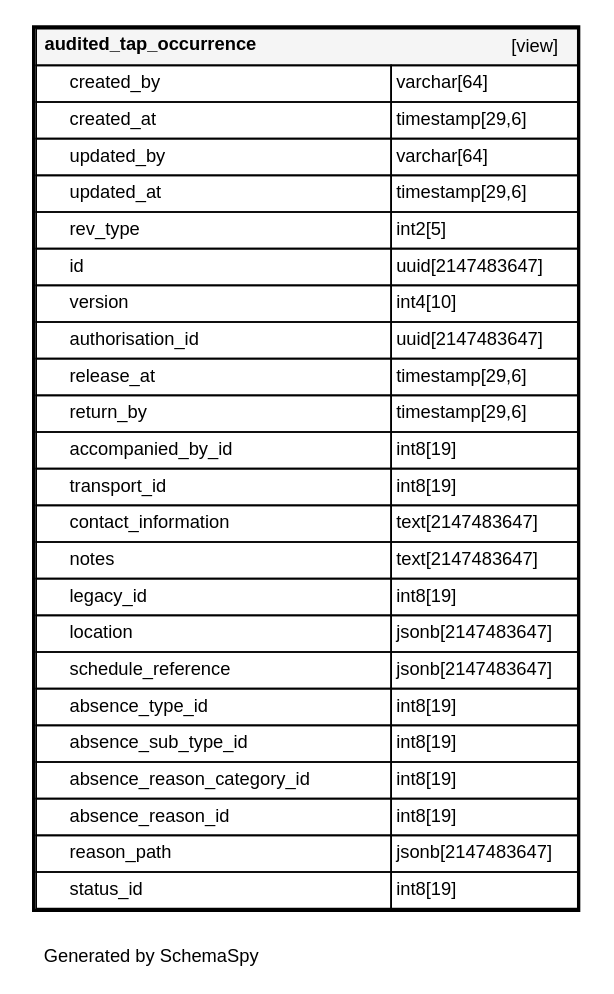
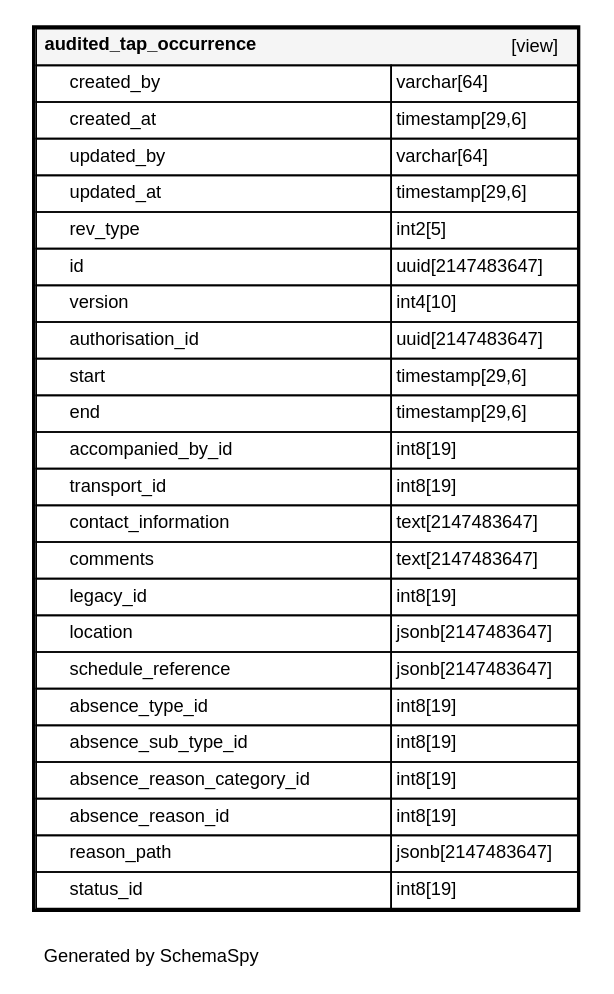
The diagram in schema-spy-report/diagrams/tables/audited_tap_occurrence.1degree.dot (ministryofjustice/hmpps-external-movements-api), drawn with Graphviz before and after one commit. The commit also changed 84 other files, not shown here.

```diff
--- a/schema-spy-report/diagrams/tables/audited_tap_occurrence.1degree.dot
+++ b/schema-spy-report/diagrams/tables/audited_tap_occurrence.1degree.dot
@@ -1,35 +1,35 @@
 digraph "oneDegreeRelationshipsDiagram" {
   graph [    rankdir="RL"    bgcolor="#ffffff"    label="\nGenerated by SchemaSpy"    labeljust="l"    nodesep="0.18"    ranksep="0.46"    fontname="Helvetica"    fontsize="11"    ration="compress"  ];  node [    fontname="Helvetica"    fontsize="11"    shape="plaintext"  ];  edge [    arrowsize="0.8"  ];
   "audited_tap_occurrence" [
    label=<
     <TABLE BORDER="2" CELLBORDER="1" CELLSPACING="0" BGCOLOR="#ffffff">
       <TR><TD COLSPAN="4"  BGCOLOR="#f5f5f5"><TABLE BORDER="0" CELLSPACING="0"><TR><TD ALIGN="LEFT" FIXEDSIZE="TRUE" WIDTH="161" HEIGHT="16"><B>audited_tap_occurrence</B></TD><TD ALIGN="RIGHT">[view]</TD></TR></TABLE></TD></TR>
       <TR><TD PORT="created_by" COLSPAN="2" ALIGN="LEFT"><TABLE BORDER="0" CELLSPACING="0" ALIGN="LEFT"><TR ALIGN="LEFT"><TD ALIGN="LEFT" FIXEDSIZE="TRUE" WIDTH="15" HEIGHT="16"></TD><TD ALIGN="LEFT" FIXEDSIZE="TRUE" WIDTH="192" HEIGHT="16">created_by</TD></TR></TABLE></TD><TD PORT="created_by.type" ALIGN="LEFT">varchar[64]</TD></TR>
       <TR><TD PORT="created_at" COLSPAN="2" ALIGN="LEFT"><TABLE BORDER="0" CELLSPACING="0" ALIGN="LEFT"><TR ALIGN="LEFT"><TD ALIGN="LEFT" FIXEDSIZE="TRUE" WIDTH="15" HEIGHT="16"></TD><TD ALIGN="LEFT" FIXEDSIZE="TRUE" WIDTH="192" HEIGHT="16">created_at</TD></TR></TABLE></TD><TD PORT="created_at.type" ALIGN="LEFT">timestamp[29,6]</TD></TR>
       <TR><TD PORT="updated_by" COLSPAN="2" ALIGN="LEFT"><TABLE BORDER="0" CELLSPACING="0" ALIGN="LEFT"><TR ALIGN="LEFT"><TD ALIGN="LEFT" FIXEDSIZE="TRUE" WIDTH="15" HEIGHT="16"></TD><TD ALIGN="LEFT" FIXEDSIZE="TRUE" WIDTH="192" HEIGHT="16">updated_by</TD></TR></TABLE></TD><TD PORT="updated_by.type" ALIGN="LEFT">varchar[64]</TD></TR>
       <TR><TD PORT="updated_at" COLSPAN="2" ALIGN="LEFT"><TABLE BORDER="0" CELLSPACING="0" ALIGN="LEFT"><TR ALIGN="LEFT"><TD ALIGN="LEFT" FIXEDSIZE="TRUE" WIDTH="15" HEIGHT="16"></TD><TD ALIGN="LEFT" FIXEDSIZE="TRUE" WIDTH="192" HEIGHT="16">updated_at</TD></TR></TABLE></TD><TD PORT="updated_at.type" ALIGN="LEFT">timestamp[29,6]</TD></TR>
       <TR><TD PORT="rev_type" COLSPAN="2" ALIGN="LEFT"><TABLE BORDER="0" CELLSPACING="0" ALIGN="LEFT"><TR ALIGN="LEFT"><TD ALIGN="LEFT" FIXEDSIZE="TRUE" WIDTH="15" HEIGHT="16"></TD><TD ALIGN="LEFT" FIXEDSIZE="TRUE" WIDTH="192" HEIGHT="16">rev_type</TD></TR></TABLE></TD><TD PORT="rev_type.type" ALIGN="LEFT">int2[5]</TD></TR>
       <TR><TD PORT="id" COLSPAN="2" ALIGN="LEFT"><TABLE BORDER="0" CELLSPACING="0" ALIGN="LEFT"><TR ALIGN="LEFT"><TD ALIGN="LEFT" FIXEDSIZE="TRUE" WIDTH="15" HEIGHT="16"></TD><TD ALIGN="LEFT" FIXEDSIZE="TRUE" WIDTH="192" HEIGHT="16">id</TD></TR></TABLE></TD><TD PORT="id.type" ALIGN="LEFT">uuid[2147483647]</TD></TR>
       <TR><TD PORT="version" COLSPAN="2" ALIGN="LEFT"><TABLE BORDER="0" CELLSPACING="0" ALIGN="LEFT"><TR ALIGN="LEFT"><TD ALIGN="LEFT" FIXEDSIZE="TRUE" WIDTH="15" HEIGHT="16"></TD><TD ALIGN="LEFT" FIXEDSIZE="TRUE" WIDTH="192" HEIGHT="16">version</TD></TR></TABLE></TD><TD PORT="version.type" ALIGN="LEFT">int4[10]</TD></TR>
       <TR><TD PORT="authorisation_id" COLSPAN="2" ALIGN="LEFT"><TABLE BORDER="0" CELLSPACING="0" ALIGN="LEFT"><TR ALIGN="LEFT"><TD ALIGN="LEFT" FIXEDSIZE="TRUE" WIDTH="15" HEIGHT="16"></TD><TD ALIGN="LEFT" FIXEDSIZE="TRUE" WIDTH="192" HEIGHT="16">authorisation_id</TD></TR></TABLE></TD><TD PORT="authorisation_id.type" ALIGN="LEFT">uuid[2147483647]</TD></TR>
-      <TR><TD PORT="release_at" COLSPAN="2" ALIGN="LEFT"><TABLE BORDER="0" CELLSPACING="0" ALIGN="LEFT"><TR ALIGN="LEFT"><TD ALIGN="LEFT" FIXEDSIZE="TRUE" WIDTH="15" HEIGHT="16"></TD><TD ALIGN="LEFT" FIXEDSIZE="TRUE" WIDTH="192" HEIGHT="16">release_at</TD></TR></TABLE></TD><TD PORT="release_at.type" ALIGN="LEFT">timestamp[29,6]</TD></TR>
-      <TR><TD PORT="return_by" COLSPAN="2" ALIGN="LEFT"><TABLE BORDER="0" CELLSPACING="0" ALIGN="LEFT"><TR ALIGN="LEFT"><TD ALIGN="LEFT" FIXEDSIZE="TRUE" WIDTH="15" HEIGHT="16"></TD><TD ALIGN="LEFT" FIXEDSIZE="TRUE" WIDTH="192" HEIGHT="16">return_by</TD></TR></TABLE></TD><TD PORT="return_by.type" ALIGN="LEFT">timestamp[29,6]</TD></TR>
+      <TR><TD PORT="start" COLSPAN="2" ALIGN="LEFT"><TABLE BORDER="0" CELLSPACING="0" ALIGN="LEFT"><TR ALIGN="LEFT"><TD ALIGN="LEFT" FIXEDSIZE="TRUE" WIDTH="15" HEIGHT="16"></TD><TD ALIGN="LEFT" FIXEDSIZE="TRUE" WIDTH="192" HEIGHT="16">start</TD></TR></TABLE></TD><TD PORT="start.type" ALIGN="LEFT">timestamp[29,6]</TD></TR>
+      <TR><TD PORT="end" COLSPAN="2" ALIGN="LEFT"><TABLE BORDER="0" CELLSPACING="0" ALIGN="LEFT"><TR ALIGN="LEFT"><TD ALIGN="LEFT" FIXEDSIZE="TRUE" WIDTH="15" HEIGHT="16"></TD><TD ALIGN="LEFT" FIXEDSIZE="TRUE" WIDTH="192" HEIGHT="16">end</TD></TR></TABLE></TD><TD PORT="end.type" ALIGN="LEFT">timestamp[29,6]</TD></TR>
       <TR><TD PORT="accompanied_by_id" COLSPAN="2" ALIGN="LEFT"><TABLE BORDER="0" CELLSPACING="0" ALIGN="LEFT"><TR ALIGN="LEFT"><TD ALIGN="LEFT" FIXEDSIZE="TRUE" WIDTH="15" HEIGHT="16"></TD><TD ALIGN="LEFT" FIXEDSIZE="TRUE" WIDTH="192" HEIGHT="16">accompanied_by_id</TD></TR></TABLE></TD><TD PORT="accompanied_by_id.type" ALIGN="LEFT">int8[19]</TD></TR>
       <TR><TD PORT="transport_id" COLSPAN="2" ALIGN="LEFT"><TABLE BORDER="0" CELLSPACING="0" ALIGN="LEFT"><TR ALIGN="LEFT"><TD ALIGN="LEFT" FIXEDSIZE="TRUE" WIDTH="15" HEIGHT="16"></TD><TD ALIGN="LEFT" FIXEDSIZE="TRUE" WIDTH="192" HEIGHT="16">transport_id</TD></TR></TABLE></TD><TD PORT="transport_id.type" ALIGN="LEFT">int8[19]</TD></TR>
       <TR><TD PORT="contact_information" COLSPAN="2" ALIGN="LEFT"><TABLE BORDER="0" CELLSPACING="0" ALIGN="LEFT"><TR ALIGN="LEFT"><TD ALIGN="LEFT" FIXEDSIZE="TRUE" WIDTH="15" HEIGHT="16"></TD><TD ALIGN="LEFT" FIXEDSIZE="TRUE" WIDTH="192" HEIGHT="16">contact_information</TD></TR></TABLE></TD><TD PORT="contact_information.type" ALIGN="LEFT">text[2147483647]</TD></TR>
-      <TR><TD PORT="notes" COLSPAN="2" ALIGN="LEFT"><TABLE BORDER="0" CELLSPACING="0" ALIGN="LEFT"><TR ALIGN="LEFT"><TD ALIGN="LEFT" FIXEDSIZE="TRUE" WIDTH="15" HEIGHT="16"></TD><TD ALIGN="LEFT" FIXEDSIZE="TRUE" WIDTH="192" HEIGHT="16">notes</TD></TR></TABLE></TD><TD PORT="notes.type" ALIGN="LEFT">text[2147483647]</TD></TR>
+      <TR><TD PORT="comments" COLSPAN="2" ALIGN="LEFT"><TABLE BORDER="0" CELLSPACING="0" ALIGN="LEFT"><TR ALIGN="LEFT"><TD ALIGN="LEFT" FIXEDSIZE="TRUE" WIDTH="15" HEIGHT="16"></TD><TD ALIGN="LEFT" FIXEDSIZE="TRUE" WIDTH="192" HEIGHT="16">comments</TD></TR></TABLE></TD><TD PORT="comments.type" ALIGN="LEFT">text[2147483647]</TD></TR>
       <TR><TD PORT="legacy_id" COLSPAN="2" ALIGN="LEFT"><TABLE BORDER="0" CELLSPACING="0" ALIGN="LEFT"><TR ALIGN="LEFT"><TD ALIGN="LEFT" FIXEDSIZE="TRUE" WIDTH="15" HEIGHT="16"></TD><TD ALIGN="LEFT" FIXEDSIZE="TRUE" WIDTH="192" HEIGHT="16">legacy_id</TD></TR></TABLE></TD><TD PORT="legacy_id.type" ALIGN="LEFT">int8[19]</TD></TR>
       <TR><TD PORT="location" COLSPAN="2" ALIGN="LEFT"><TABLE BORDER="0" CELLSPACING="0" ALIGN="LEFT"><TR ALIGN="LEFT"><TD ALIGN="LEFT" FIXEDSIZE="TRUE" WIDTH="15" HEIGHT="16"></TD><TD ALIGN="LEFT" FIXEDSIZE="TRUE" WIDTH="192" HEIGHT="16">location</TD></TR></TABLE></TD><TD PORT="location.type" ALIGN="LEFT">jsonb[2147483647]</TD></TR>
       <TR><TD PORT="schedule_reference" COLSPAN="2" ALIGN="LEFT"><TABLE BORDER="0" CELLSPACING="0" ALIGN="LEFT"><TR ALIGN="LEFT"><TD ALIGN="LEFT" FIXEDSIZE="TRUE" WIDTH="15" HEIGHT="16"></TD><TD ALIGN="LEFT" FIXEDSIZE="TRUE" WIDTH="192" HEIGHT="16">schedule_reference</TD></TR></TABLE></TD><TD PORT="schedule_reference.type" ALIGN="LEFT">jsonb[2147483647]</TD></TR>
       <TR><TD PORT="absence_type_id" COLSPAN="2" ALIGN="LEFT"><TABLE BORDER="0" CELLSPACING="0" ALIGN="LEFT"><TR ALIGN="LEFT"><TD ALIGN="LEFT" FIXEDSIZE="TRUE" WIDTH="15" HEIGHT="16"></TD><TD ALIGN="LEFT" FIXEDSIZE="TRUE" WIDTH="192" HEIGHT="16">absence_type_id</TD></TR></TABLE></TD><TD PORT="absence_type_id.type" ALIGN="LEFT">int8[19]</TD></TR>
       <TR><TD PORT="absence_sub_type_id" COLSPAN="2" ALIGN="LEFT"><TABLE BORDER="0" CELLSPACING="0" ALIGN="LEFT"><TR ALIGN="LEFT"><TD ALIGN="LEFT" FIXEDSIZE="TRUE" WIDTH="15" HEIGHT="16"></TD><TD ALIGN="LEFT" FIXEDSIZE="TRUE" WIDTH="192" HEIGHT="16">absence_sub_type_id</TD></TR></TABLE></TD><TD PORT="absence_sub_type_id.type" ALIGN="LEFT">int8[19]</TD></TR>
       <TR><TD PORT="absence_reason_category_id" COLSPAN="2" ALIGN="LEFT"><TABLE BORDER="0" CELLSPACING="0" ALIGN="LEFT"><TR ALIGN="LEFT"><TD ALIGN="LEFT" FIXEDSIZE="TRUE" WIDTH="15" HEIGHT="16"></TD><TD ALIGN="LEFT" FIXEDSIZE="TRUE" WIDTH="192" HEIGHT="16">absence_reason_category_id</TD></TR></TABLE></TD><TD PORT="absence_reason_category_id.type" ALIGN="LEFT">int8[19]</TD></TR>
       <TR><TD PORT="absence_reason_id" COLSPAN="2" ALIGN="LEFT"><TABLE BORDER="0" CELLSPACING="0" ALIGN="LEFT"><TR ALIGN="LEFT"><TD ALIGN="LEFT" FIXEDSIZE="TRUE" WIDTH="15" HEIGHT="16"></TD><TD ALIGN="LEFT" FIXEDSIZE="TRUE" WIDTH="192" HEIGHT="16">absence_reason_id</TD></TR></TABLE></TD><TD PORT="absence_reason_id.type" ALIGN="LEFT">int8[19]</TD></TR>
       <TR><TD PORT="reason_path" COLSPAN="2" ALIGN="LEFT"><TABLE BORDER="0" CELLSPACING="0" ALIGN="LEFT"><TR ALIGN="LEFT"><TD ALIGN="LEFT" FIXEDSIZE="TRUE" WIDTH="15" HEIGHT="16"></TD><TD ALIGN="LEFT" FIXEDSIZE="TRUE" WIDTH="192" HEIGHT="16">reason_path</TD></TR></TABLE></TD><TD PORT="reason_path.type" ALIGN="LEFT">jsonb[2147483647]</TD></TR>
       <TR><TD PORT="status_id" COLSPAN="2" ALIGN="LEFT"><TABLE BORDER="0" CELLSPACING="0" ALIGN="LEFT"><TR ALIGN="LEFT"><TD ALIGN="LEFT" FIXEDSIZE="TRUE" WIDTH="15" HEIGHT="16"></TD><TD ALIGN="LEFT" FIXEDSIZE="TRUE" WIDTH="192" HEIGHT="16">status_id</TD></TR></TABLE></TD><TD PORT="status_id.type" ALIGN="LEFT">int8[19]</TD></TR>
     </TABLE>>
     URL="../../tables/audited_tap_occurrence.html"
     target="_top"
     tooltip="audited_tap_occurrence"
   ];
 }
```
